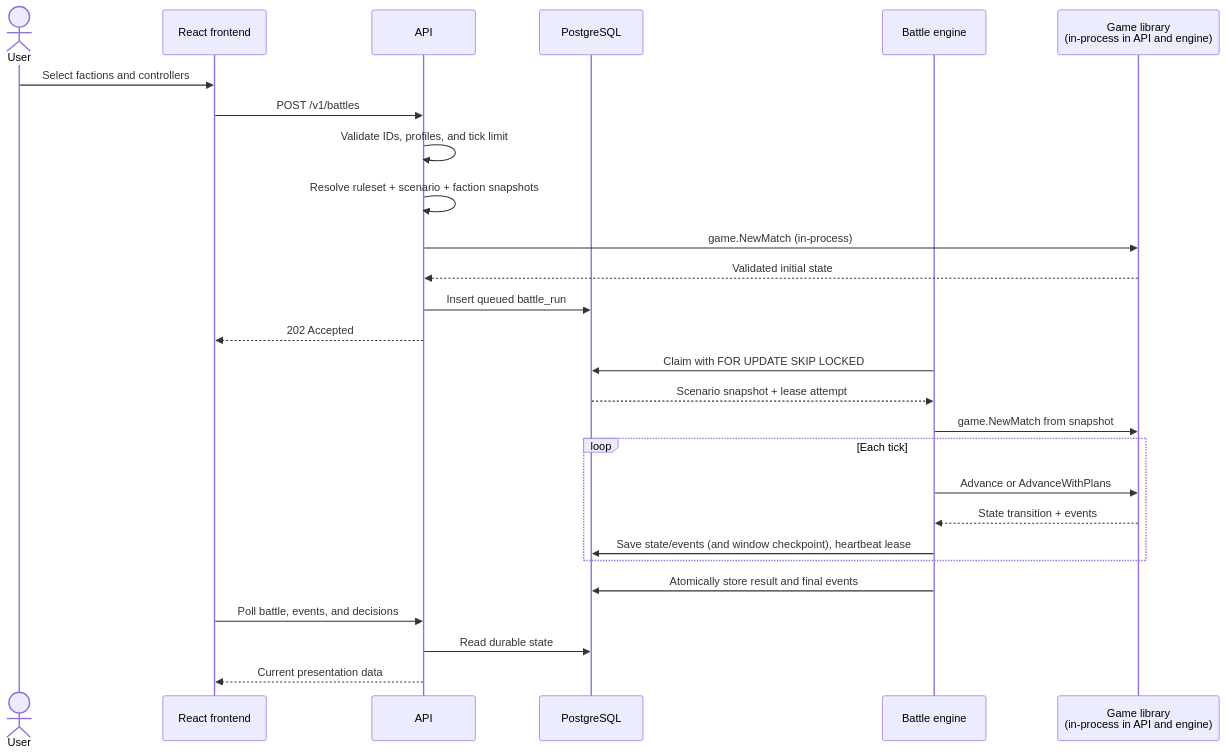
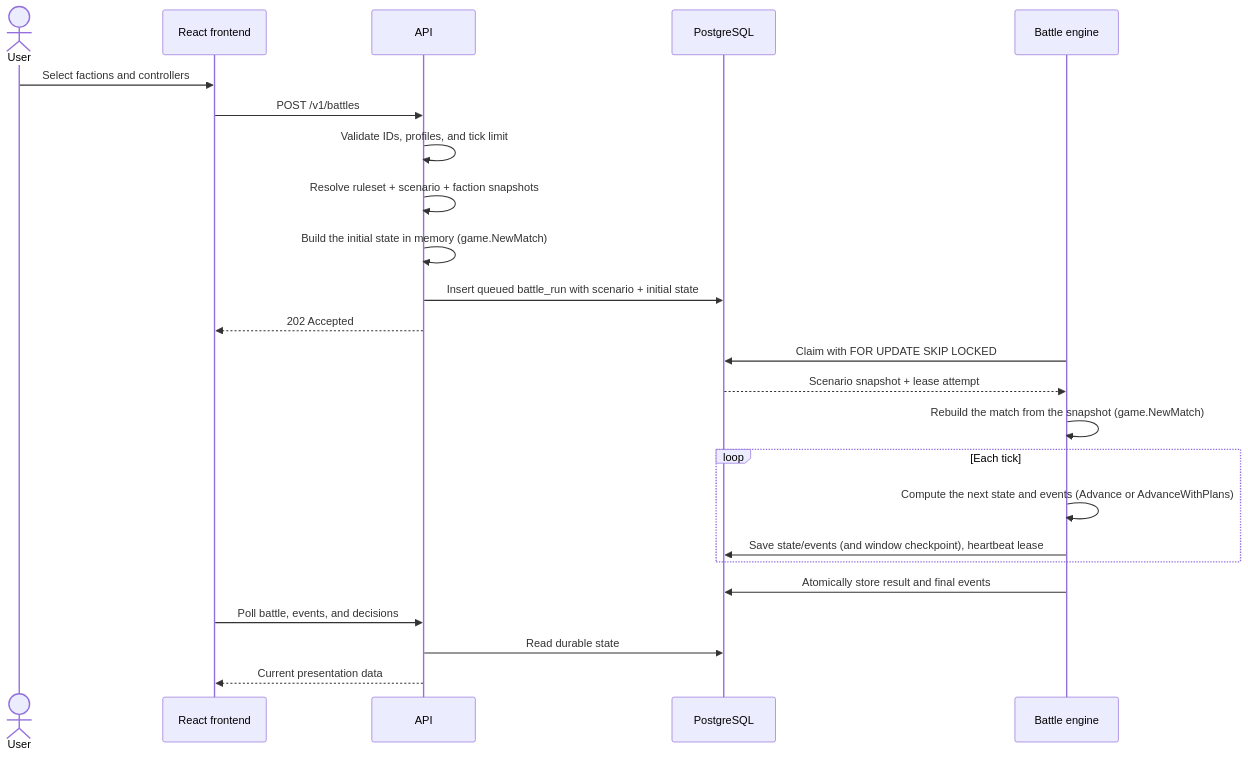
The second of 5 diagrams in docs/architecture/system-architecture.md (twhAuto/autonomous_battlefield), drawn with Mermaid before and after one commit. The commit also changed other lines of this file, not shown here.

First line of the commit message:
AB-258: Draw game library calls inside the API and engine

````diff
--- a/docs/architecture/system-architecture.md
+++ b/docs/architecture/system-architecture.md
@@ -231,30 +231,27 @@
 ```mermaid
 sequenceDiagram
     actor User
     participant UI as React frontend
     participant API as API
     participant DB as PostgreSQL
     participant Engine as Battle engine
-    participant Match as Game library<br/>(in-process in API and engine)
 
     User->>UI: Select factions and controllers
     UI->>API: POST /v1/battles
     API->>API: Validate IDs, profiles, and tick limit
     API->>API: Resolve ruleset + scenario + faction snapshots
-    API->>Match: game.NewMatch (in-process)
-    Match-->>API: Validated initial state
-    API->>DB: Insert queued battle_run
+    API->>API: Build the initial state in memory (game.NewMatch)
+    API->>DB: Insert queued battle_run with scenario + initial state
     API-->>UI: 202 Accepted
     Engine->>DB: Claim with FOR UPDATE SKIP LOCKED
     DB-->>Engine: Scenario snapshot + lease attempt
-    Engine->>Match: game.NewMatch from snapshot
+    Engine->>Engine: Rebuild the match from the snapshot (game.NewMatch)
     loop Each tick
-        Engine->>Match: Advance or AdvanceWithPlans
-        Match-->>Engine: State transition + events
+        Engine->>Engine: Compute the next state and events (Advance or AdvanceWithPlans)
         Engine->>DB: Save state/events (and window checkpoint), heartbeat lease
     end
     Engine->>DB: Atomically store result and final events
     UI->>API: Poll battle, events, and decisions
     API->>DB: Read durable state
     API-->>UI: Current presentation data
 ```
````
